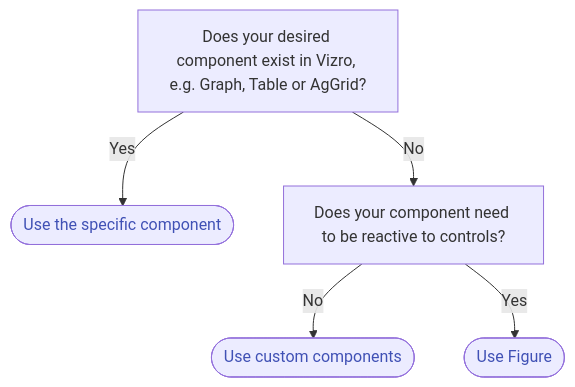
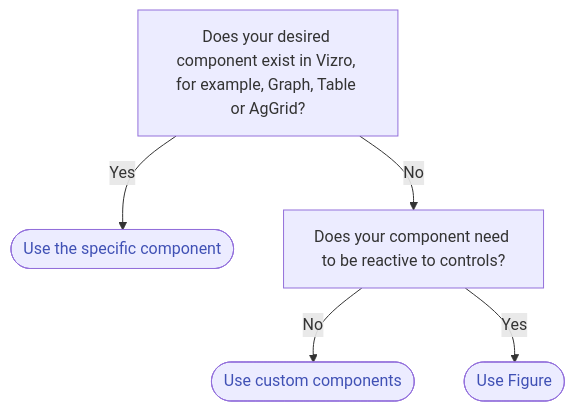
Before and after one commit to mckinsey/vizro: the diagram in vizro-core/docs/pages/user-guides/figure.md, drawn with Mermaid. The commit also changed 9 other files, not shown here.

````diff
--- a/vizro-core/docs/pages/user-guides/figure.md
+++ b/vizro-core/docs/pages/user-guides/figure.md
@@ -16,19 +16,19 @@
 ```mermaid
 graph TD
-  first["`Does your desired component exist in Vizro, e.g. Graph, Table or AgGrid?`"]
+  first["`Does your desired component exist in Vizro, for example, Graph, Table or AgGrid?`"]
   specific-component([Use the specific component])
   second["`Does your component need to be reactive to controls?`"]
   second-static([Use custom components])
   second-reactive([Use Figure])
 
   first -- Yes --> specific-component
   first -- No --> second
   second -- No --> second-static
   second -- Yes --> second-reactive
 
   click specific-component href "../components/"
   click second-static href "../custom-components/"
   click second-reactive href "#how-to-use-figures"
 
   classDef clickable color:#4051b5;
 ```
````
